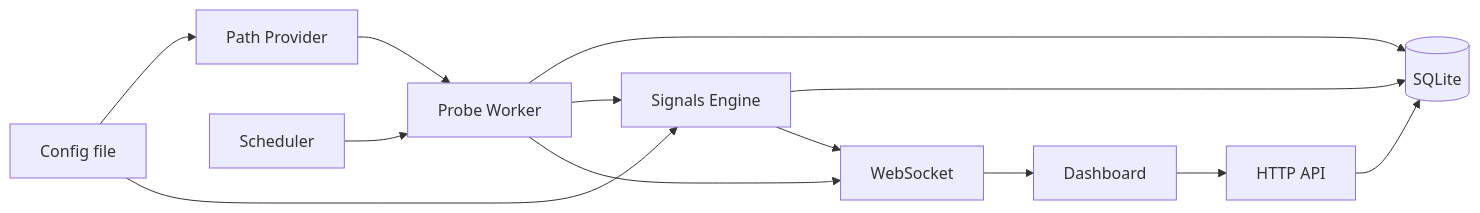
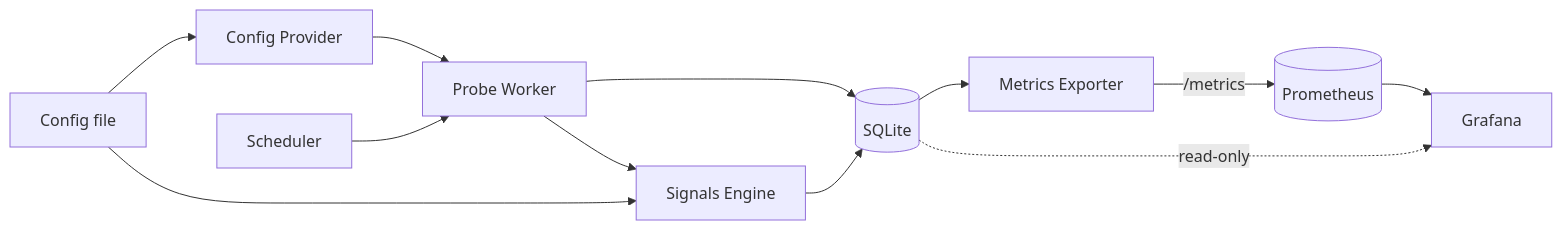
Before and after one commit to vintagentleman/nerd-butthurt-alert: the diagram in ARCHITECTURE.md, drawn with Mermaid. The commit also changed other lines of this file and 9 other files, not shown here.

Commit message:
docs!: pivot to backend-only with prometheus+grafana data exposure

````diff
--- a/ARCHITECTURE.md
+++ b/ARCHITECTURE.md
@@ -77,15 +101,14 @@
 ```mermaid
 flowchart LR
-  cfg[Config file] --> paths[Path Provider]
+  cfg[Config file] --> paths[Config Provider]
   cfg --> signals[Signals Engine]
-  sched[Scheduler] --> probe[Probe Worker]
-  paths --> probe
+  paths --> probe[Probe Worker]
+  sched[Scheduler] --> probe
   probe --> storage[(SQLite)]
   probe --> signals
   signals --> storage
-  probe --> ws[WebSocket]
-  signals --> ws
-  ws --> ui[Dashboard]
-  ui --> api[HTTP API]
-  api --> storage
+  storage --> exporter[Metrics Exporter]
+  exporter -->|/metrics| prom[(Prometheus)]
+  prom --> graf[Grafana]
+  storage -.read-only.-> graf
 ```
````
